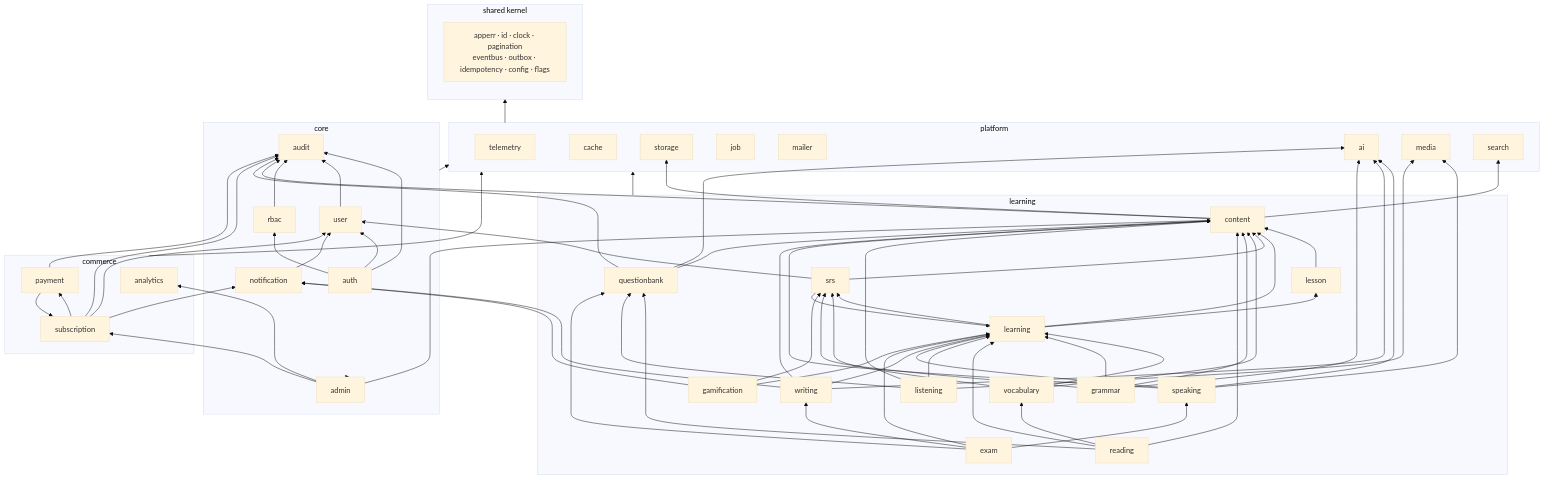
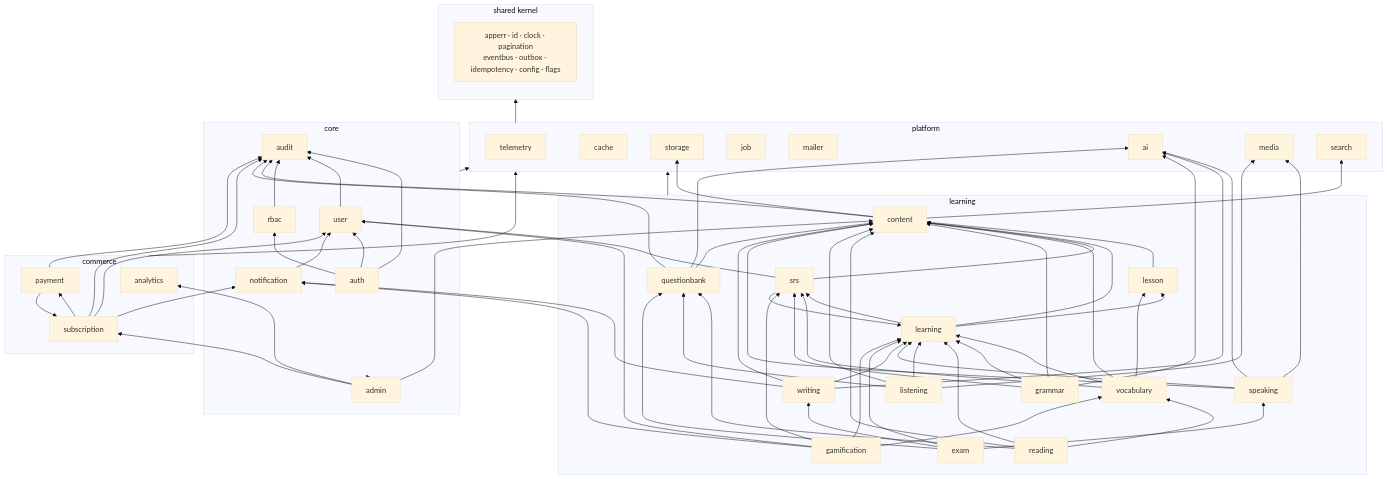
Before and after one commit to vnghi61/fluentra: the diagram in MODULE_INDEX.md, drawn with Mermaid (base theme). The commit also changed other lines of this file and 143 other files, not shown here.

````diff
--- a/MODULE_INDEX.md
+++ b/MODULE_INDEX.md
@@ -111,59 +111,62 @@
 ```mermaid
 graph BT
     subgraph shared["shared kernel"]
         SH[apperr · id · clock · pagination<br/>eventbus · outbox · idempotency · config · flags]
     end
 
     subgraph platform
         TEL[telemetry]; CCH[cache]; STO[storage]; JOB[job]
         MAIL[mailer]; AI[ai]; MED[media]; SCH[search]
     end
 
     subgraph core
         AUTH[auth]; USR[user]; RBAC[rbac]; AUD[audit]; ADM[admin]; NOT[notification]
     end
 
     subgraph learning
         CNT[content]; LSN[lesson]; LRN[learning]; SRS[srs]
         VOC[vocabulary]; GRM[grammar]; RDG[reading]
         LIS[listening]; SPK[speaking]; WRT[writing]
         QB[questionbank]; EXM[exam]; GAM[gamification]
     end
 
     subgraph commerce
         ANA[analytics]; SUB[subscription]; PAY[payment]
     end
 
     platform --> shared
     core --> platform
     learning --> platform
     commerce --> platform
     AUTH --> USR & RBAC & AUD
     ADM --> core
     ADM --> CNT & ANA & SUB
     USR & RBAC & CNT & QB & SUB & PAY --> AUD
     NOT --> USR
     CNT --> STO & SCH
     LSN --> CNT
     LRN --> CNT
     LRN --> LSN & SRS
     SRS --> CNT
     SRS --> USR
     SRS --> LRN
     VOC & GRM --> SRS
+    VOC --> LSN
     VOC & GRM & RDG & LIS & SPK & WRT --> CNT
     VOC & GRM & RDG & LIS & SPK & WRT & EXM --> LRN
     RDG & LIS --> QB
     RDG --> VOC
     SPK & LIS --> MED
     SPK & WRT & GRM & QB --> AI
     QB --> CNT
     WRT & GAM & SUB --> NOT
     EXM --> QB
     EXM --> WRT & SPK
     GAM --> LRN
     GAM --> SRS
+    GAM --> USR
+    GAM --> VOC
     SUB --> PAY
     SUB --> USR
     PAY --> SUB
 ```
````
